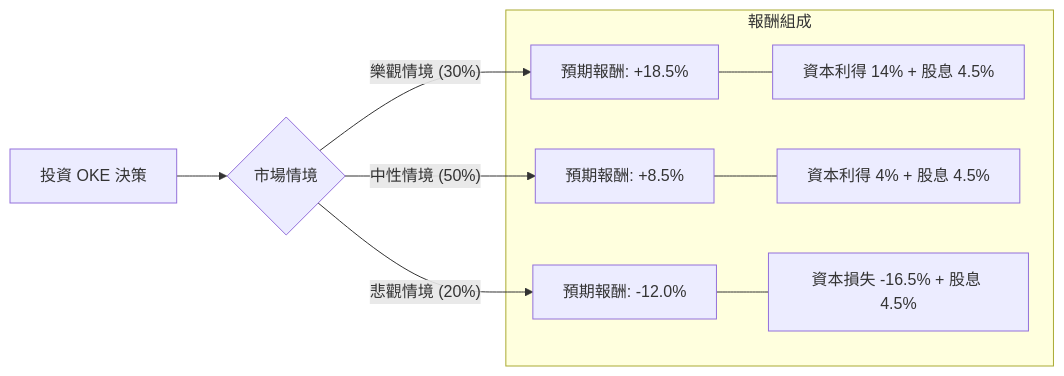
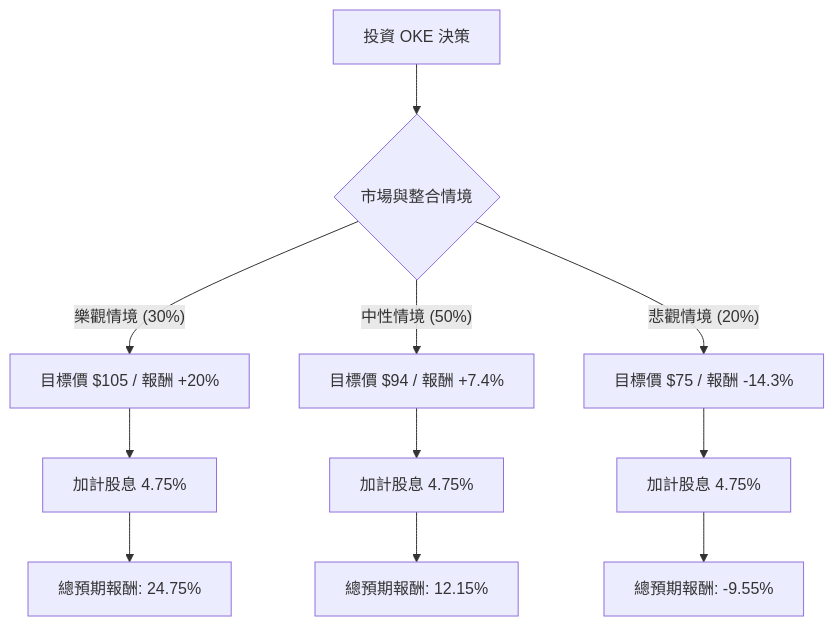
The diagram in plugin-react/ai-analysis/ev-analysis/OKE.md (zmcx16/zmcx16.github.io), drawn with Mermaid before and after one commit. The commit also changed other lines of this file and 81 other files, not shown here.

````diff
--- a/plugin-react/ai-analysis/ev-analysis/OKE.md
+++ b/plugin-react/ai-analysis/ev-analysis/OKE.md
@@ -18,14 +19,16 @@
 ```mermaid
-graph LR
-    A[投資 OKE 決策] --> B{市場情境}
+graph TD
+    A[投資 OKE 決策] --> B{市場與整合情境}
     
-    B -- 樂觀情境 (30%) --> C[預期報酬: +18.5%]
-    B -- 中性情境 (50%) --> D[預期報酬: +8.5%]
-    B -- 悲觀情境 (20%) --> E[預期報酬: -12.0%]
+    B -- 樂觀情境 (30%) --> C[目標價 $105 / 報酬 +20%]
+    B -- 中性情境 (50%) --> D[目標價 $94 / 報酬 +7.4%]
+    B -- 悲觀情境 (20%) --> E[目標價 $75 / 報酬 -14.3%]
 
-    subgraph 報酬組成
-    C --- C1[資本利得 14% + 股息 4.5%]
-    D --- D1[資本利得 4% + 股息 4.5%]
-    E --- E1[資本損失 -16.5% + 股息 4.5%]
-    end
+    C --> F[加計股息 4.75%]
+    D --> G[加計股息 4.75%]
+    E --> H[加計股息 4.75%]
+
+    F --> I[總預期報酬: 24.75%]
+    G --> J[總預期報酬: 12.15%]
+    H --> K[總預期報酬: -9.55%]
 ```
````
